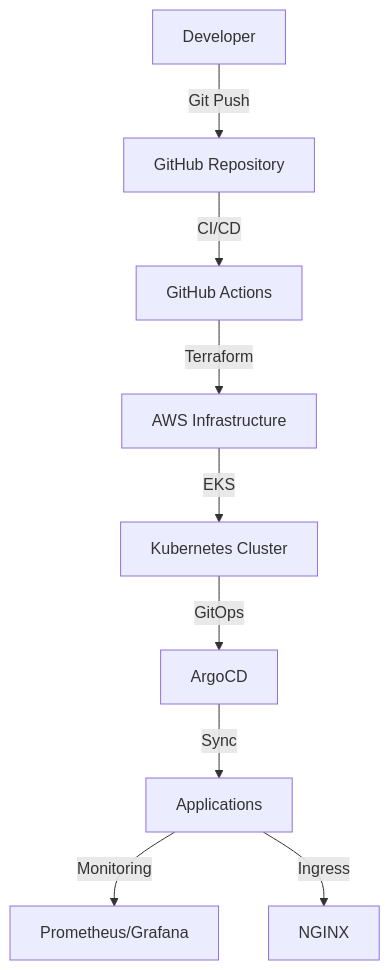
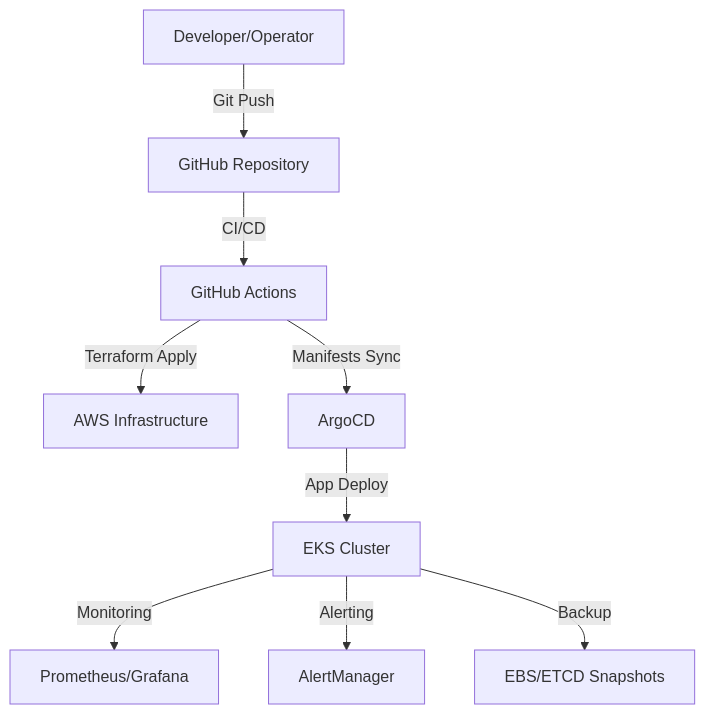
One commit to humzamalak/Production-Ready-EKS-Cluster-with-GitOps changed the diagram in README.md. Above: the diagram before and after it, drawn with Mermaid. The commit also changed other lines of this file and 77 other files, not shown here.

Commit message:
chore: update Terraform modules, docs, and add new resources for EKS GitOps infrastructure

````diff
--- a/README.md
+++ b/README.md
@@ -9,11 +114,11 @@
 ```mermaid
-graph TD
-  A[Developer] -->|Git Push| B[GitHub Repository]
+graph TD;
+  A[Developer/Operator] -->|Git Push| B[GitHub Repository]
   B -->|CI/CD| C[GitHub Actions]
-  C -->|Terraform| D[AWS Infrastructure]
-  D -->|EKS| E[Kubernetes Cluster]
-  E -->|GitOps| F[ArgoCD]
-  F -->|Sync| G[Applications]
-  G -->|Monitoring| H[Prometheus/Grafana]
-  G -->|Ingress| I[NGINX]
+  C -->|Terraform Apply| D[AWS Infrastructure]
+  C -->|Manifests Sync| E[ArgoCD]
+  E -->|App Deploy| F[EKS Cluster]
+  F -->|Monitoring| G[Prometheus/Grafana]
+  F -->|Alerting| H[AlertManager]
+  F -->|Backup| I[EBS/ETCD Snapshots]
 ```
````
